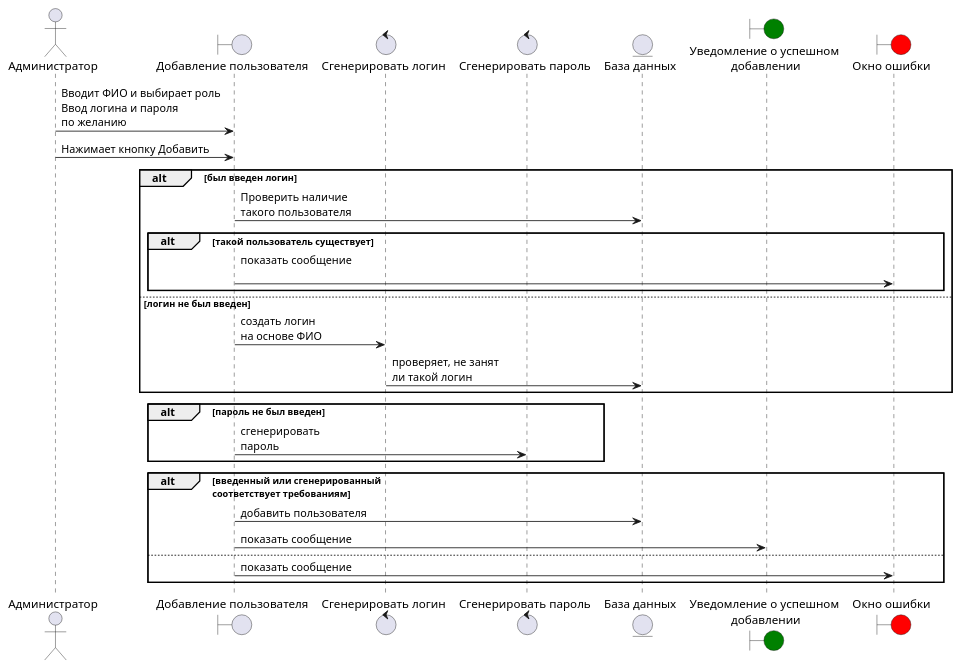
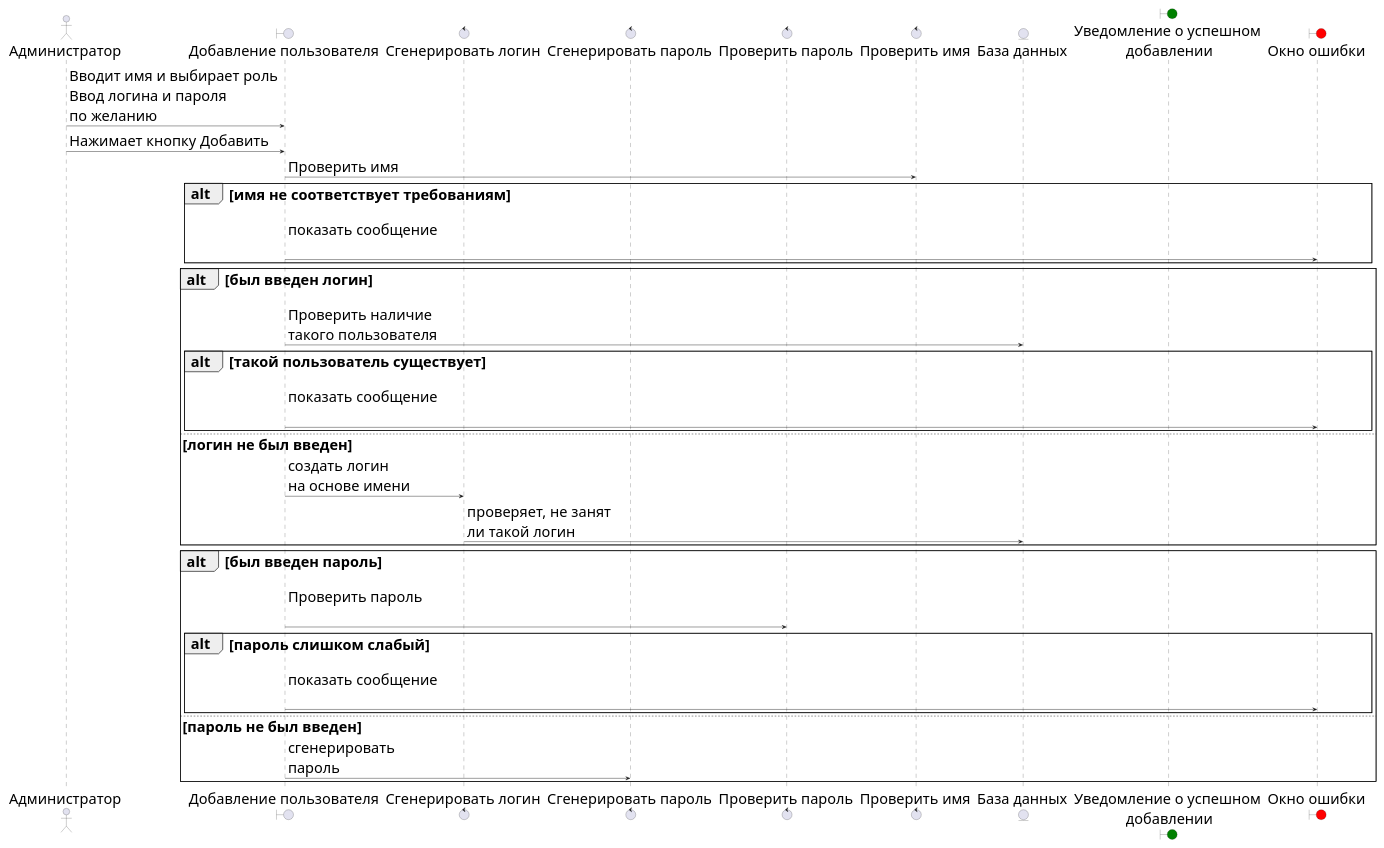
The diagram in Diagrams/sequences/add_user.wsd (Dugers/Machine-repair), drawn with PlantUML before and after one commit. The commit also changed 14 other files, not shown here.

Commit message:
update diagrams style

```diff
--- a/Diagrams/sequences/add_user.wsd
+++ b/Diagrams/sequences/add_user.wsd
@@ -1,35 +1,43 @@
 @startuml add_user_sequence
+
+skinparam defaultFontSize 35
+scale 0.5
 
 actor Администратор as admin
 
 boundary "Добавление пользователя" as add_user_screen
 
 control "Сгенерировать логин" as generate_login
 control "Сгенерировать пароль" as generate_password
+control "Проверить пароль" as check_password
+control "Проверить имя" as check_name
 
 entity "База данных" as db
 
 boundary "Уведомление о успешном\n добавлении" as added_info_screen #green
 boundary "Окно ошибки" as error_screen #red
 
-admin -> add_user_screen : Вводит ФИО и выбирает роль\nВвод логина и пароля\nпо желанию
+admin -> add_user_screen : Вводит имя и выбирает роль\nВвод логина и пароля\nпо желанию
 admin -> add_user_screen : Нажимает кнопку Добавить
+add_user_screen -> check_name : Проверить имя
+alt имя не соответствует требованиям
+  add_user_screen -> error_screen : показать сообщение\n
+end
 alt был введен логин
   add_user_screen -> db : Проверить наличие\nтакого пользователя
   alt такой пользователь существует
     add_user_screen -> error_screen : показать сообщение\n
     end
 else логин не был введен
-  add_user_screen -> generate_login : создать логин\nна основе ФИО
+  add_user_screen -> generate_login : создать логин\nна основе имени
   generate_login -> db : проверяет, не занят\nли такой логин
 end
-alt пароль не был введен
+alt был введен пароль
+  add_user_screen -> check_password : Проверить пароль\n
+  alt пароль слишком слабый
+    add_user_screen -> error_screen : показать сообщение\n
+    end
+else пароль не был введен
   add_user_screen -> generate_password : сгенерировать\nпароль
 end
-alt введенный или сгенерированный\nсоответствует требованиям
-  add_user_screen -> db : добавить пользователя
-  add_user_screen -> added_info_screen : показать сообщение
-else
-  add_user_screen -> error_screen : показать сообщение
-end
 @enduml
```
